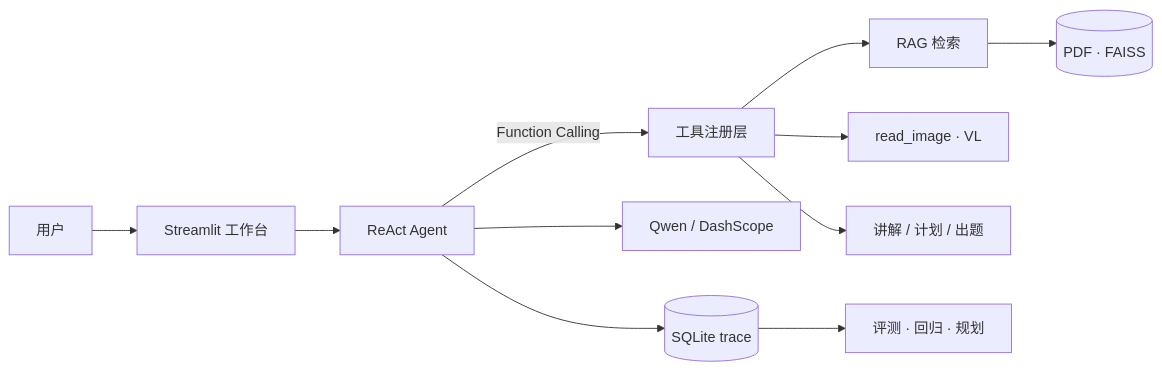
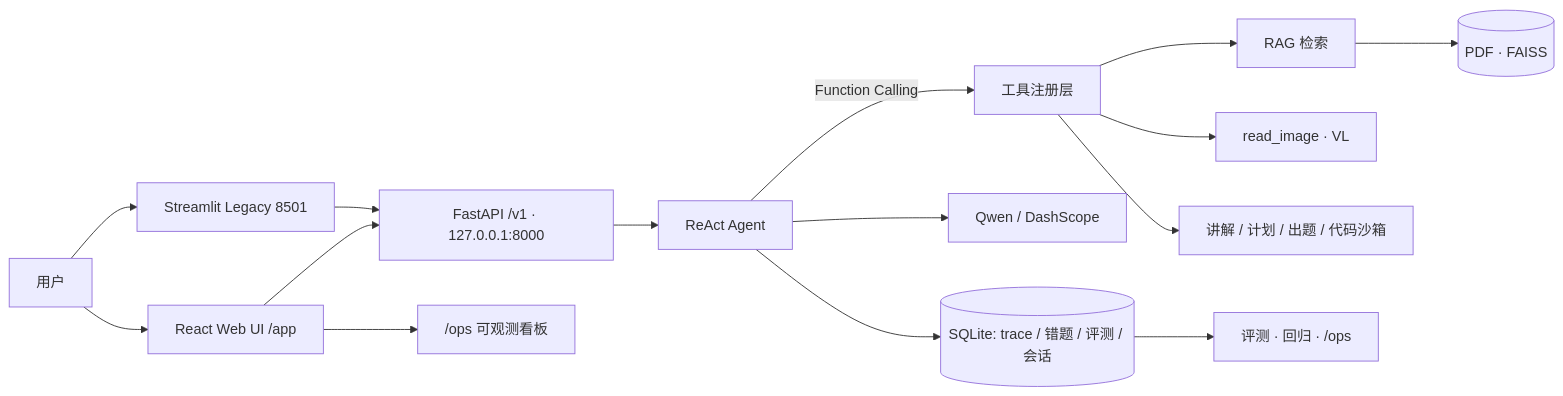
One commit to 433110535/study-assistant changed the diagram in README.md. Above: the diagram before and after it, drawn with Mermaid. The commit also changed other lines of this file and 1 other file, not shown here.

````diff
--- a/README.md
+++ b/README.md
@@ -80,13 +80,17 @@
 ```mermaid
 flowchart LR
-    U[用户] --> UI[Streamlit 工作台]
-    UI --> A[ReAct Agent]
+    U[用户] --> W[React Web UI /app]
+    U --> L[Streamlit Legacy 8501]
+    W --> API[FastAPI /v1 · 127.0.0.1:8000]
+    L --> API
+    API --> A[ReAct Agent]
     A -->|Function Calling| T[工具注册层]
     T --> R[RAG 检索]
     T --> V[read_image · VL]
-    T --> P[讲解 / 计划 / 出题]
+    T --> P[讲解 / 计划 / 出题 / 代码沙箱]
     R --> D[(PDF · FAISS)]
     A --> LLM[Qwen / DashScope]
-    A --> S[(SQLite trace)]
-    S --> E[评测 · 回归 · 规划]
+    A --> S[(SQLite: trace / 错题 / 评测 / 会话)]
+    S --> E[评测 · 回归 · /ops]
+    W --> OPS["/ops 可观测看板"]
 ```
````
